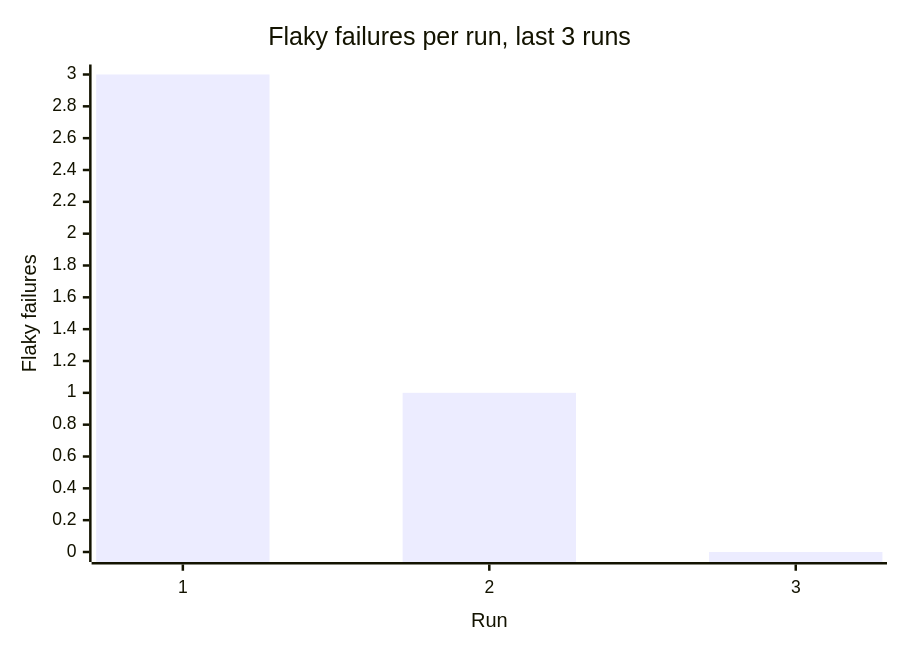
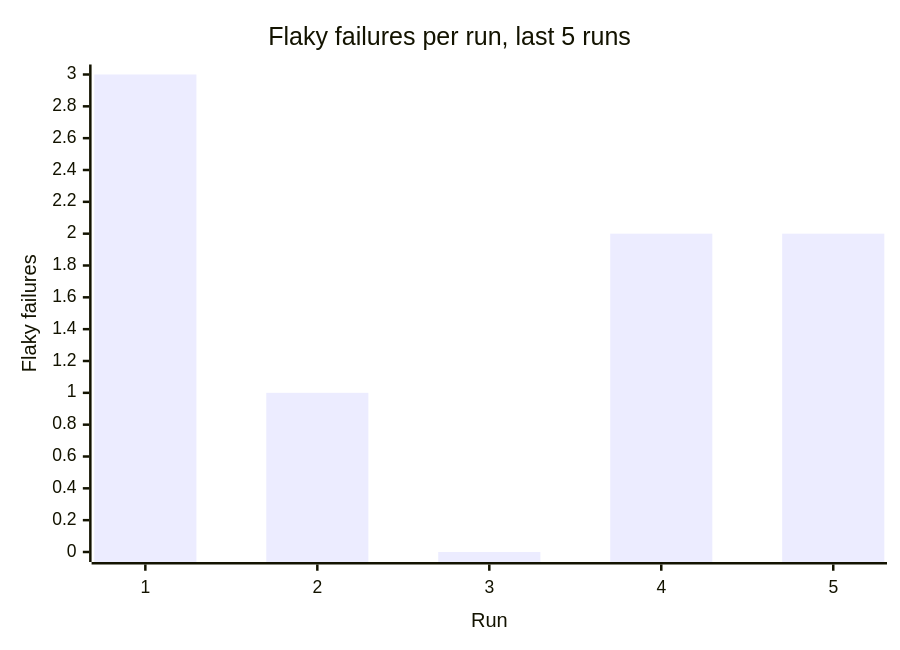
Before and after one commit to Shirojoufu/Flaky-Test-Lab: the second of 3 diagrams in reports/summary.md, drawn with Mermaid. The commit also changed other lines of this file and 7 other files, not shown here.

````diff
--- a/reports/summary.md
+++ b/reports/summary.md
@@ -42,7 +50,7 @@
 ```mermaid
 xychart-beta
-    title "Flaky failures per run, last 3 runs"
-    x-axis "Run" [1, 2, 3]
+    title "Flaky failures per run, last 5 runs"
+    x-axis "Run" [1, 2, 3, 4, 5]
     y-axis "Flaky failures" 0 --> 3
-    bar [3, 1, 0]
+    bar [3, 1, 0, 2, 2]
 ```
````
